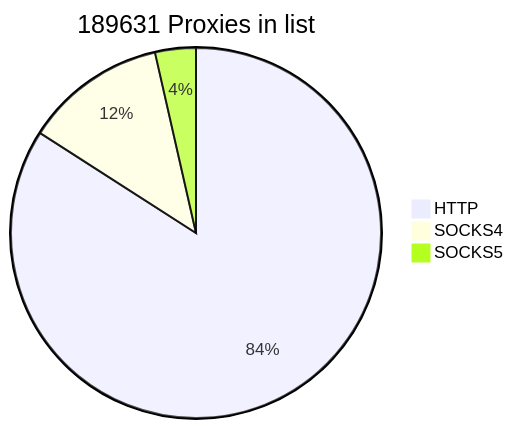
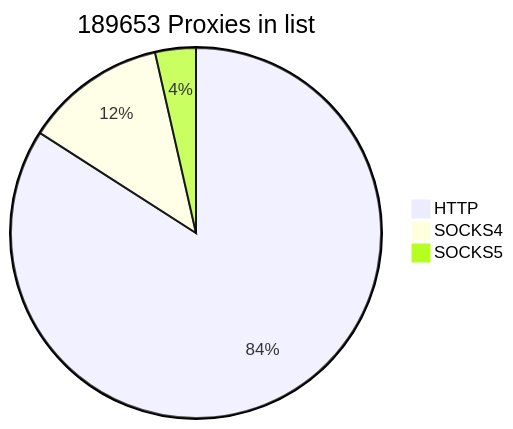
Before and after one commit to cutipu/proxylist: the first of 2 diagrams in README.md, drawn with Mermaid. The commit also changed other lines of this file, not shown here.

````diff
--- a/README.md
+++ b/README.md
@@ -2,7 +2,7 @@
 ```mermaid
-pie title 189631 Proxies in list
-    "HTTP" : 159429
-    "SOCKS4" : 23457
-    "SOCKS5" : 6745
+pie title 189653 Proxies in list
+    "HTTP" : 159452
+    "SOCKS4" : 23459
+    "SOCKS5" : 6742
             
 ```
````
